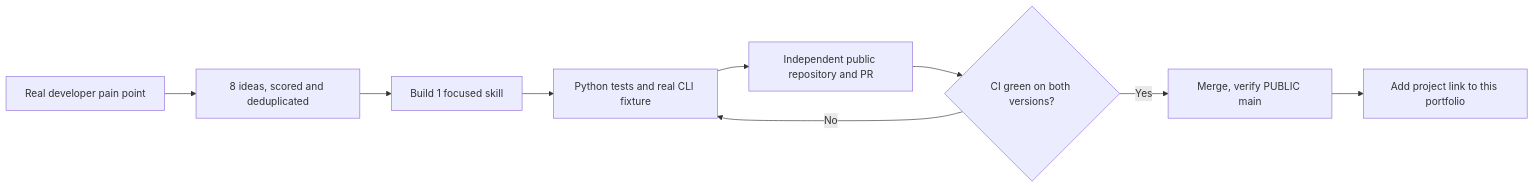
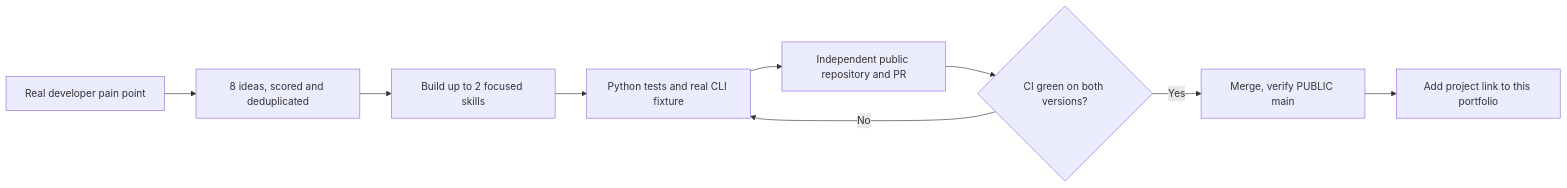
Before and after one commit to Kanompung1988/agent-skills: the diagram in README.md, drawn with Mermaid. The commit also changed other lines of this file, not shown here.

Commit message:
docs: include EP.09 releases in premium skill portfolio

````diff
--- a/README.md
+++ b/README.md
@@ -205,11 +223,11 @@
 ```mermaid
 flowchart LR
     A[Real developer pain point] --> B[8 ideas, scored and deduplicated]
-    B --> C[Build 1 focused skill]
+    B --> C[Build up to 2 focused skills]
     C --> D[Python tests and real CLI fixture]
     D --> E[Independent public repository and PR]
     E --> F{CI green on both versions?}
     F -->|No| D
     F -->|Yes| G[Merge, verify PUBLIC main]
     G --> H[Add project link to this portfolio]
 ```
````
